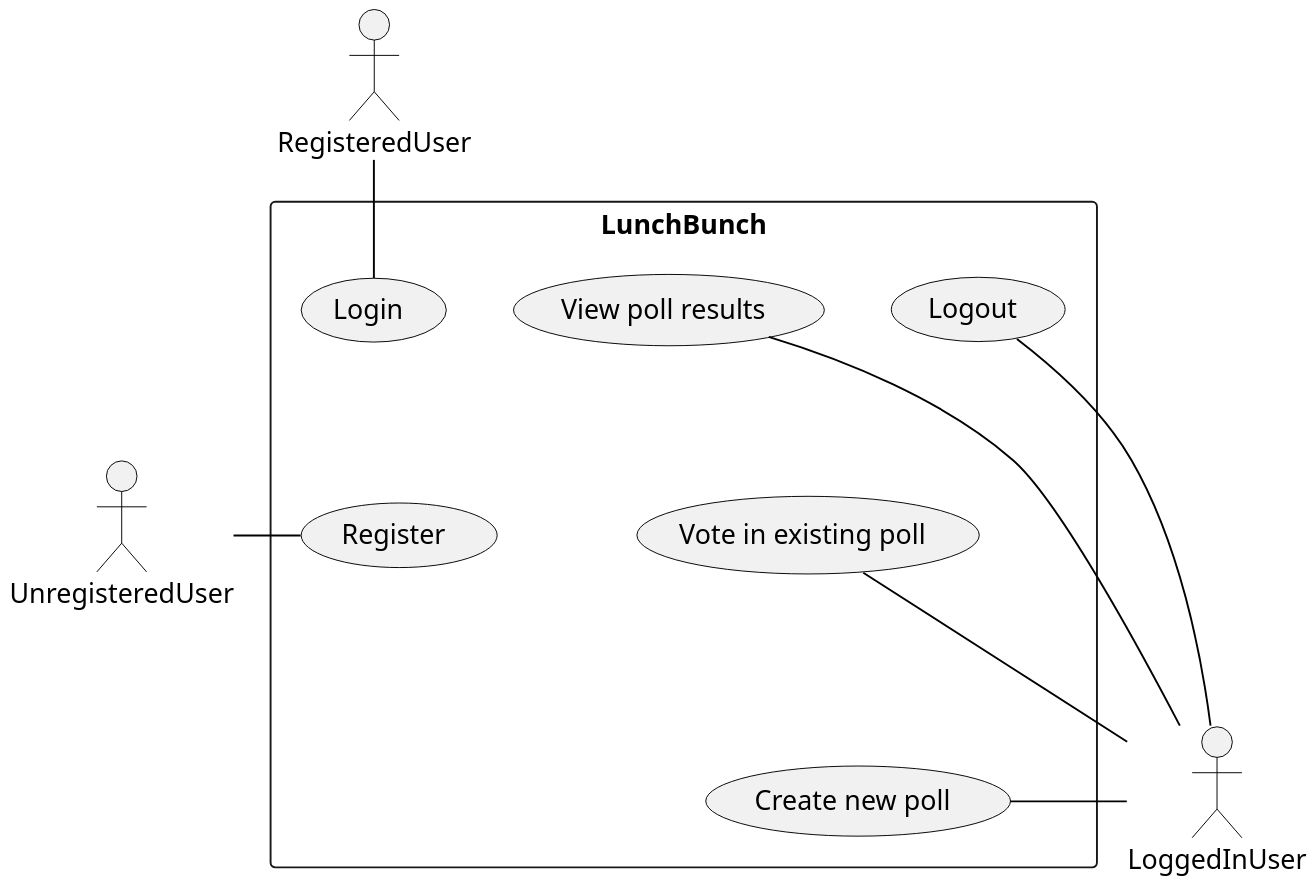
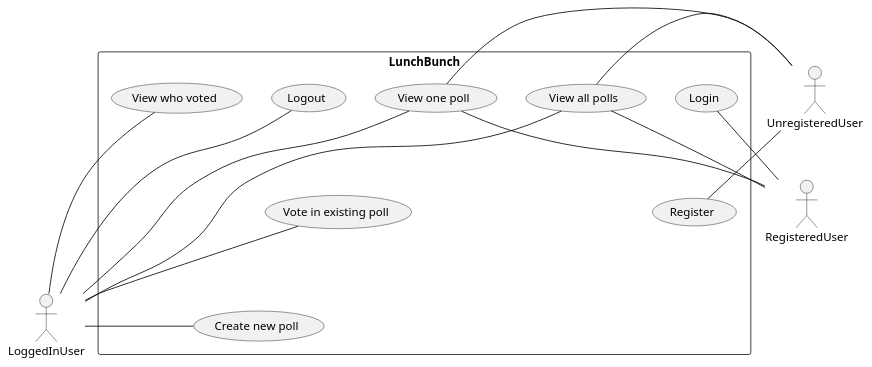
Before and after one commit to AurumTheEnd/lunchbunch: the diagram in diagrams/usecase.puml, drawn with PlantUML.

Commit message:
fix: updated Usecase diagram to reflect changes

```diff
--- a/diagrams/usecase.puml
+++ b/diagrams/usecase.puml
@@ -1,44 +1,50 @@
 @startuml
 
 skinparam actorBorderColor Black
 skinparam arrowColor Black
 
 'skinparam linetype ortho
-
-scale 1920 width
-scale 1080 height
 
 skinparam usecase {
     BorderColor Black
     BackgroundColor<< specification >> Strategy
     BackgroundColor<< activity >> Application
 }
 
 actor UnregisteredUser as unregUser
 actor RegisteredUser as regUser
 actor LoggedInUser as logUser
 
 rectangle LunchBunch {
     usecase Register
     usecase Login
     usecase Logout
     (Register)-[hidden]u-(Login)
 
     usecase "Create new poll"
     usecase "Vote in existing poll"
-    usecase "View poll results"
+    usecase "View one poll"
+    usecase "View who voted"
+    usecase "View all polls"
 
     (Create new poll)-[hidden]u-(Vote in existing poll)
-    (Vote in existing poll)-[hidden]u-(View poll results)
+    (Vote in existing poll)-[hidden]u-(View one poll)
 }
+:unregUser: -[hidden]- :regUser:
 
 :unregUser: -r- (Register)
+:unregUser: -l- (View one poll)
+:unregUser: -l- (View all polls)
 
 :regUser: -- (Login)
+:regUser: -l- (View one poll)
+:regUser: -l- (View all polls)
 
 :logUser: -l- (Logout)
 :logUser: -l- (Create new poll)
 :logUser: -l- (Vote in existing poll)
-:logUser: -l- (View poll results)
+:logUser: -l- (View one poll)
+:logUser: -l- (View who voted)
+:logUser: -l- (View all polls)
 
 @enduml
```
